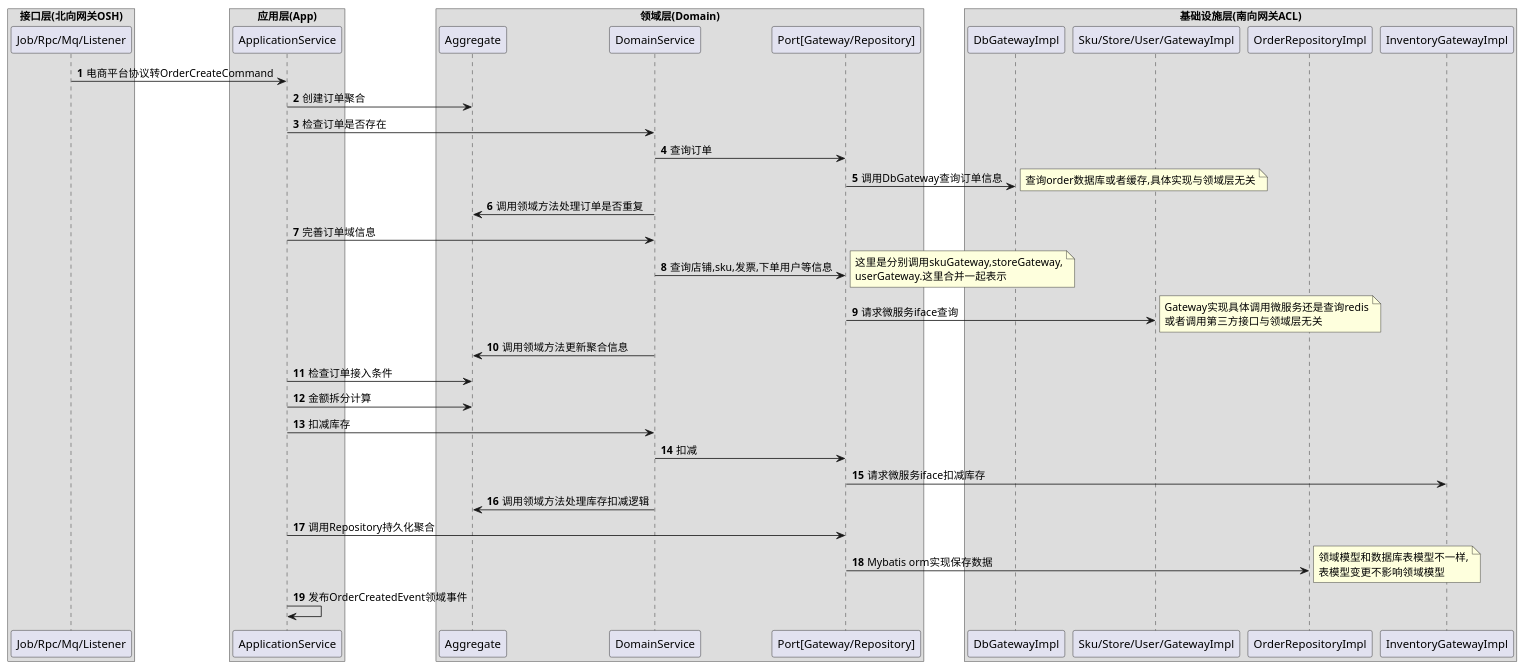
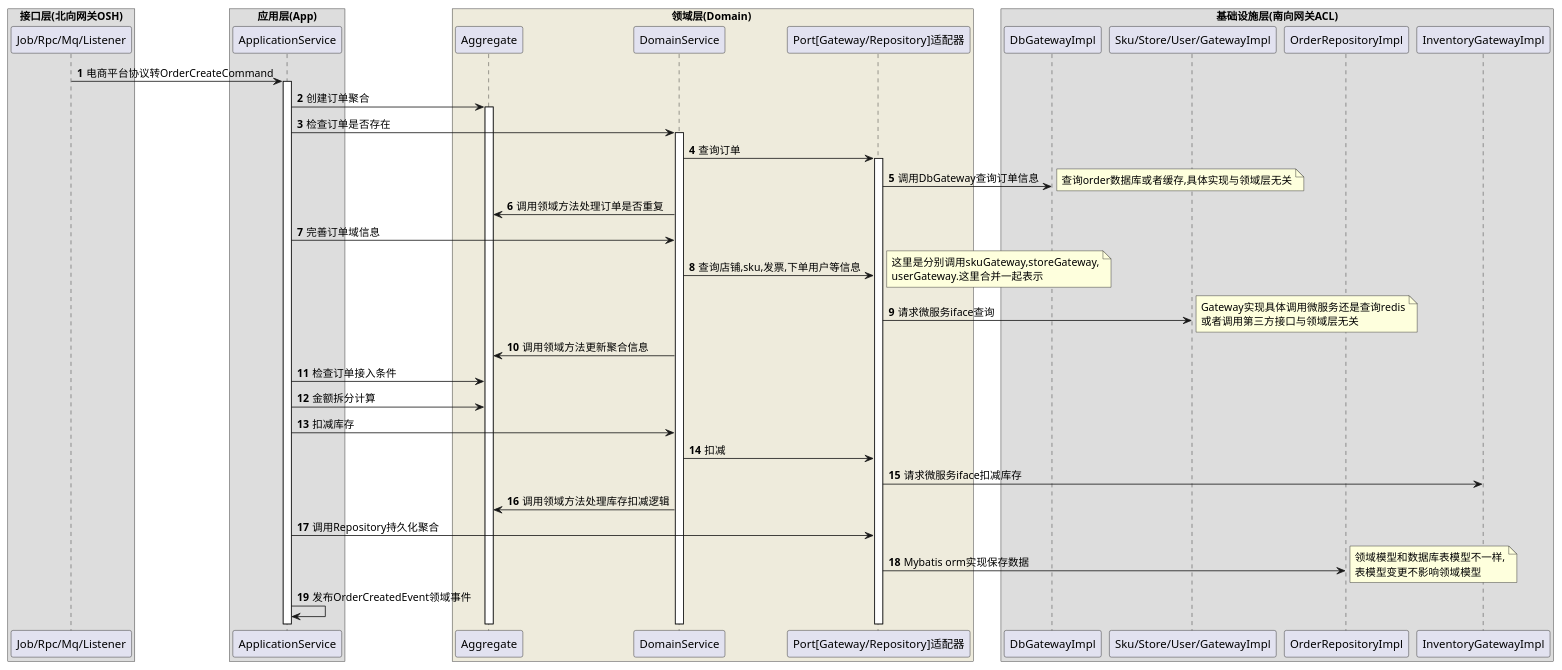
Before and after one commit to 3thinkthendoit/think-oms: the diagram in ddd/sequence/创建订单.puml, drawn with PlantUML. The commit also changed 8 other files, not shown here.

Commit message:
fix:调整部分代码 支持demo启动 doc:修改订单创建时许图

```diff
--- a/ddd/sequence/创建订单.puml
+++ b/ddd/sequence/创建订单.puml
@@ -1,58 +1,62 @@
 @startuml
 'https://plantuml.com/sequence-diagram
 autonumber
-participant "Port[Gateway/Repository]" as Port
+participant "Port[Gateway/Repository]适配器" as Port
 
 box 接口层(北向网关OSH)
 participant "Job/Rpc/Mq/Listener"
 end box
 box 应用层(App)
 participant ApplicationService
 end box
-box 领域层(Domain)
+box 领域层(Domain) #EEEBDC
 participant Aggregate
 participant DomainService
 participant Port
 end box
 box 基础设施层(南向网关ACL)
 participant DbGatewayImpl
 participant "Sku/Store/User/GatewayImpl"
 participant OrderRepositoryImpl
 participant InventoryGatewayImpl
 end box
 
 "Job/Rpc/Mq/Listener" -> ApplicationService: 电商平台协议转OrderCreateCommand
+activate ApplicationService
 ApplicationService -> Aggregate:创建订单聚合
+activate Aggregate
 ApplicationService -> DomainService:检查订单是否存在
+activate DomainService
 DomainService ->  Port:查询订单
+activate Port
 Port -> DbGatewayImpl:调用DbGateway查询订单信息
 note right
   查询order数据库或者缓存,具体实现与领域层无关
 end note
 DomainService -> Aggregate:调用领域方法处理订单是否重复
 ApplicationService -> DomainService:完善订单域信息
 DomainService ->  Port:查询店铺,sku,发票,下单用户等信息
 note right
   这里是分别调用skuGateway,storeGateway,
   userGateway.这里合并一起表示
 end note
 Port -> "Sku/Store/User/GatewayImpl": 请求微服务iface查询
 note right
   Gateway实现具体调用微服务还是查询redis
   或者调用第三方接口与领域层无关
 end note
 DomainService -> Aggregate:调用领域方法更新聚合信息
 ApplicationService -> Aggregate:检查订单接入条件
 ApplicationService -> Aggregate:金额拆分计算
 ApplicationService -> DomainService:扣减库存
 DomainService ->  Port:扣减
 Port -> InventoryGatewayImpl: 请求微服务iface扣减库存
 DomainService -> Aggregate:调用领域方法处理库存扣减逻辑
 ApplicationService -> Port:调用Repository持久化聚合
 Port ->OrderRepositoryImpl: Mybatis orm实现保存数据
 note right
   领域模型和数据库表模型不一样,
   表模型变更不影响领域模型
 end note
 ApplicationService ->ApplicationService:发布OrderCreatedEvent领域事件
 @enduml
```
